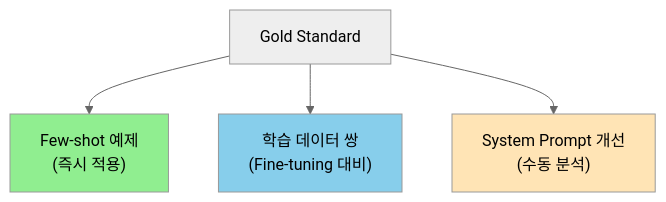
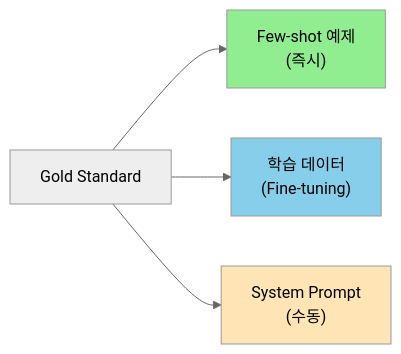
Before and after one commit to Gyeom/dev-notes: the third of 6 diagrams in content/posts/2025-12-28-llm-feedback-utilization-pipeline.md, drawn with Mermaid (neutral theme). The commit also changed other lines of this file and 1 other file, not shown here.

First line of the commit message:
Fix: Mermaid 다이어그램 flowchart TB → LR로 변경

````diff
--- a/content/posts/2025-12-28-llm-feedback-utilization-pipeline.md
+++ b/content/posts/2025-12-28-llm-feedback-utilization-pipeline.md
@@ -253,10 +253,10 @@
 ```mermaid
-flowchart TB
-    A["Gold Standard"] --> B["Few-shot 예제<br/>(즉시 적용)"]
-    A --> C["학습 데이터 쌍<br/>(Fine-tuning 대비)"]
-    A --> D["System Prompt 개선<br/>(수동 분석)"]
+flowchart LR
+    A["Gold Standard"] --> B["Few-shot 예제<br/>(즉시)"]
+    A --> C["학습 데이터<br/>(Fine-tuning)"]
+    A --> D["System Prompt<br/>(수동)"]
 
     style B fill:#90EE90
     style C fill:#87CEEB
     style D fill:#FFE4B5
 ```
````
